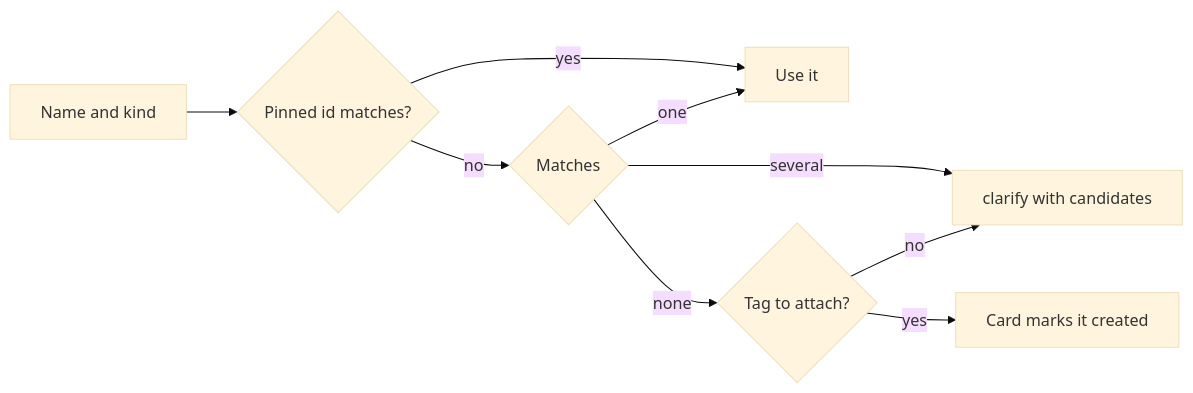
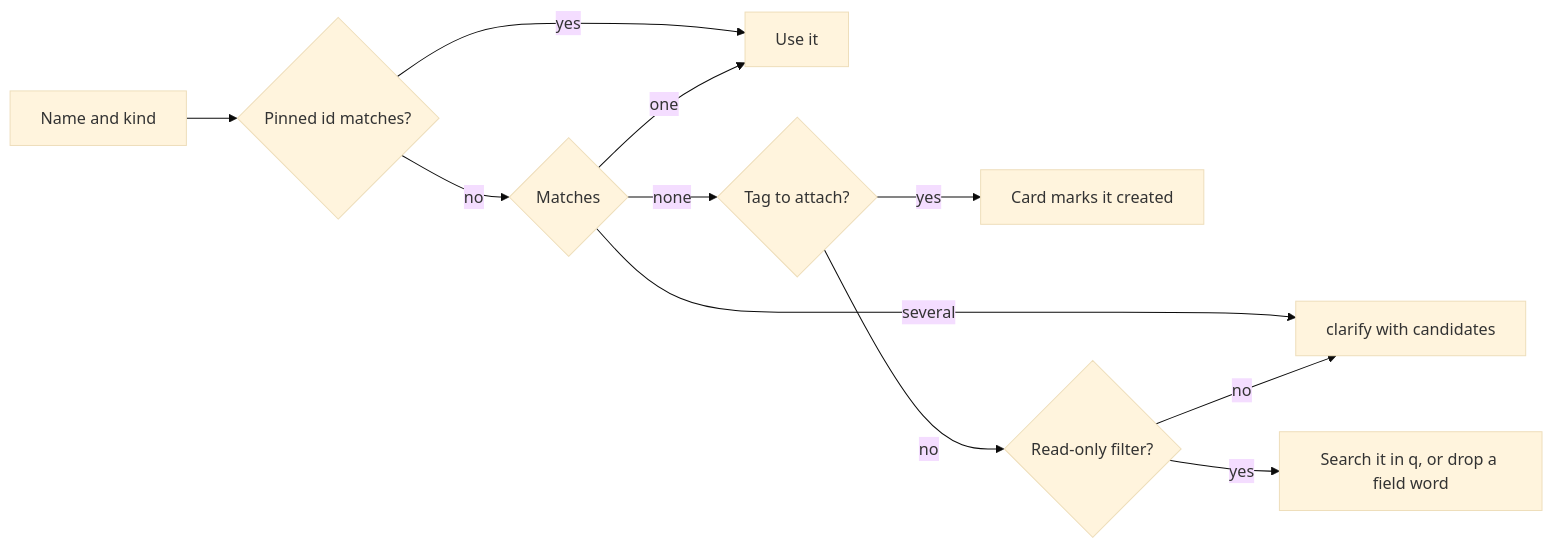
One commit to syudead/vv changed the second of 3 diagrams in docs/design-docs/assistant.md. Above: the diagram before and after it, drawn with Mermaid (base theme). The commit also changed other lines of this file and 7 other files, not shown here.

First line of the commit message:
fix(assistant): search unresolved filter names as text instead of failing

````diff
--- a/docs/design-docs/assistant.md
+++ b/docs/design-docs/assistant.md
@@ -80,11 +84,13 @@
 ```mermaid
 flowchart LR
   name[Name and kind] --> pinned{Pinned id matches?}
   pinned -->|yes| use[Use it]
   pinned -->|no| matches{Matches}
   matches -->|one| use
   matches -->|several| ask[clarify with candidates]
   matches -->|none| attach{Tag to attach?}
   attach -->|yes| create[Card marks it created]
-  attach -->|no| ask
+  attach -->|no| read{Read-only filter?}
+  read -->|yes| text[Search it in q, or drop a field word]
+  read -->|no| ask
 ```
````
